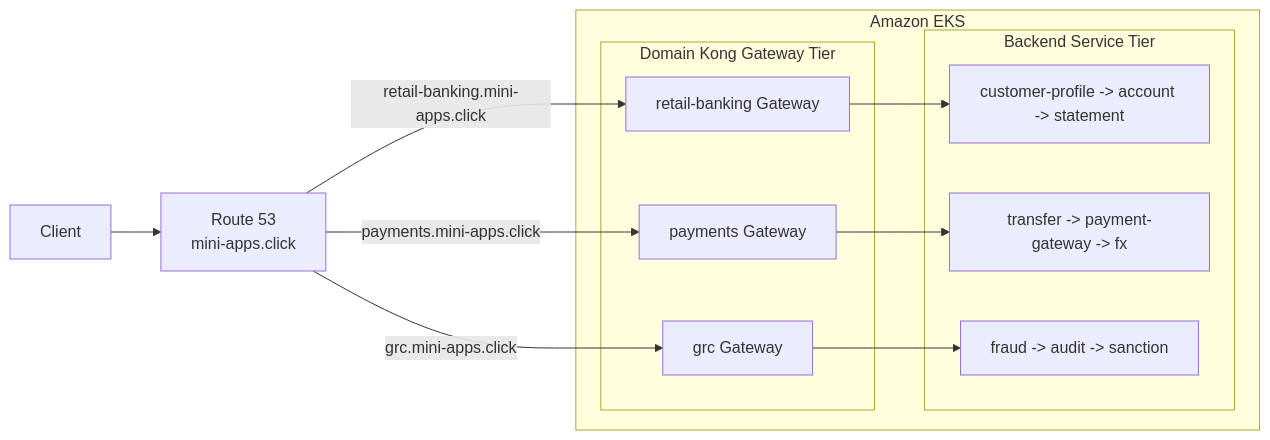
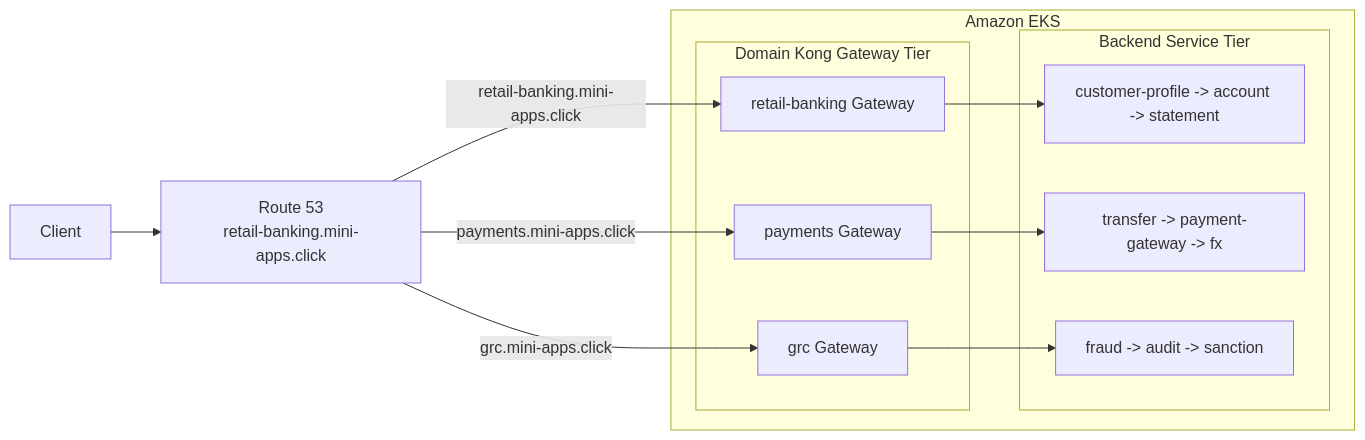
One commit to zinmoe-tech/ace-project-2026 changed the diagram in README.md. Above: the diagram before and after it, drawn with Mermaid.

````diff
--- a/README.md
+++ b/README.md
@@ -46,24 +46,24 @@
 ```mermaid
 flowchart LR
     client[Client]
-    dns[Route 53<br/>mini-apps.click]
+    dns[Route 53<br/>retail-banking.mini-apps.click]
 
     subgraph eks[Amazon EKS]
         subgraph kic[Domain Kong Gateway Tier]
             rbGw[retail-banking Gateway]
             payGw[payments Gateway]
             grcGw[grc Gateway]
         end
 
         subgraph apps[Backend Service Tier]
             rbSvc[customer-profile -> account -> statement]
             paySvc[transfer -> payment-gateway -> fx]
             grcSvc[fraud -> audit -> sanction]
         end
     end
 
     client --> dns
     dns -->|retail-banking.mini-apps.click| rbGw --> rbSvc
     dns -->|payments.mini-apps.click| payGw --> paySvc
     dns -->|grc.mini-apps.click| grcGw --> grcSvc
 ```
````
